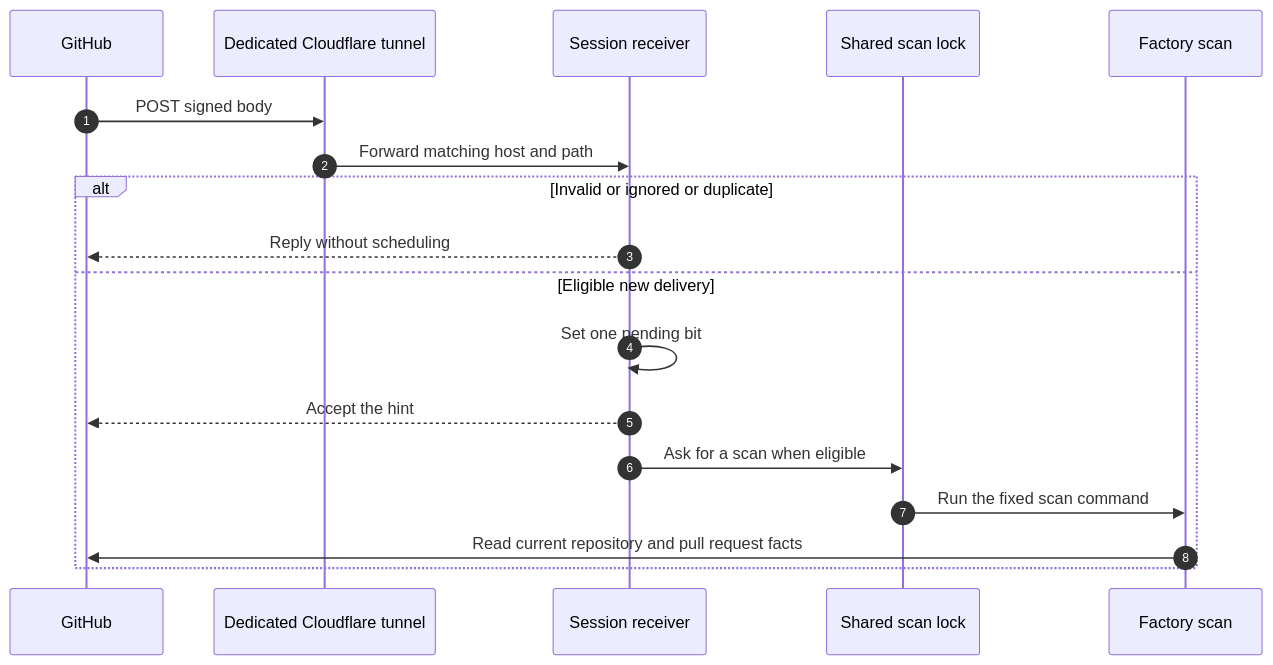
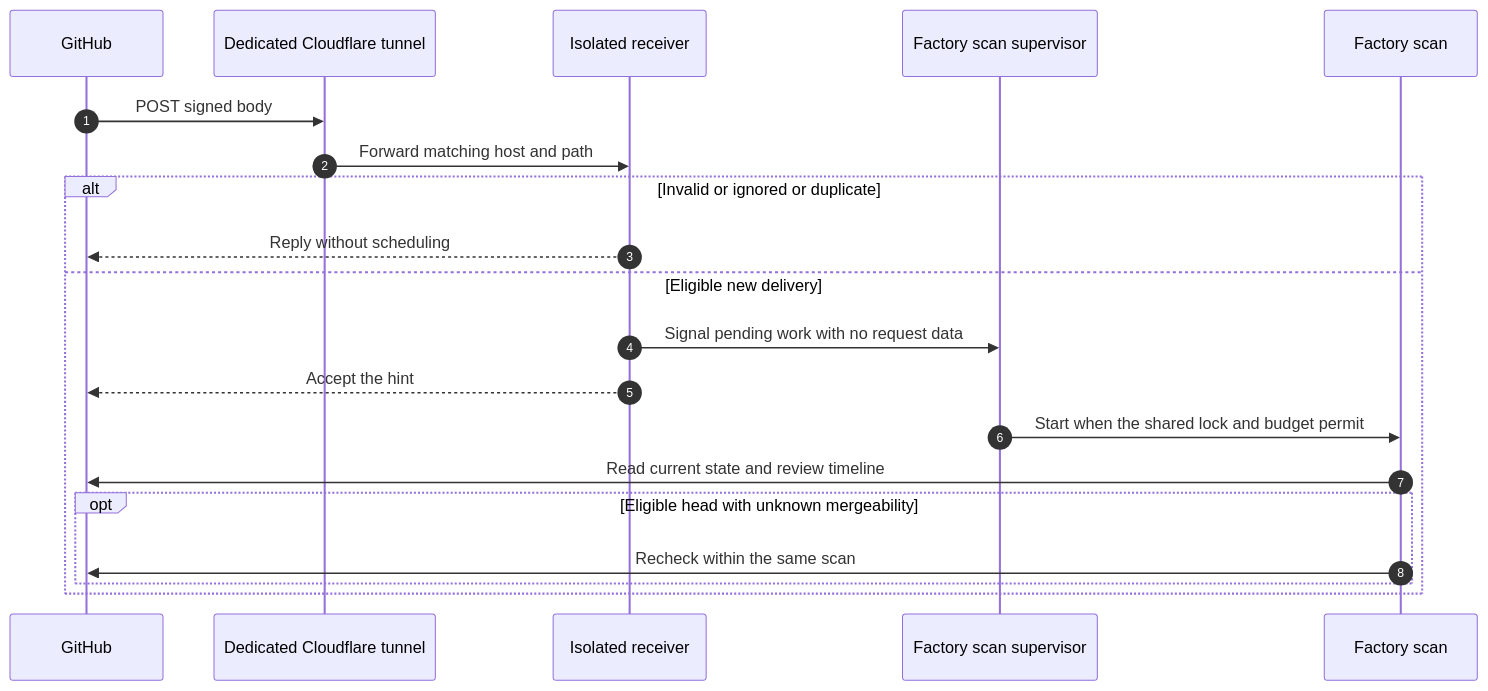
Before and after one commit to walid-mos/agent-sandbox: the first of 2 diagrams in docs/factory-webhook.md, drawn with Mermaid. The commit also changed other lines of this file, not shown here.

Commit message:
docs(factory): address webhook trust boundary review

````diff
--- a/docs/factory-webhook.md
+++ b/docs/factory-webhook.md
@@ -37,20 +47,22 @@
 ```mermaid
 sequenceDiagram
     autonumber
     participant GH as GitHub
     participant CF as Dedicated Cloudflare tunnel
-    participant R as Session receiver
-    participant G as Shared scan lock
+    participant R as Isolated receiver
+    participant G as Factory scan supervisor
     participant S as Factory scan
     GH->>CF: POST signed body
     CF->>R: Forward matching host and path
     alt Invalid or ignored or duplicate
         R-->>GH: Reply without scheduling
     else Eligible new delivery
-        R->>R: Set one pending bit
+        R->>G: Signal pending work with no request data
         R-->>GH: Accept the hint
-        R->>G: Ask for a scan when eligible
-        G->>S: Run the fixed scan command
-        S->>GH: Read current repository and pull request facts
+        G->>S: Start when the shared lock and budget permit
+        S->>GH: Read current state and review timeline
+        opt Eligible head with unknown mergeability
+            S->>GH: Recheck within the same scan
+        end
     end
 ```
````
